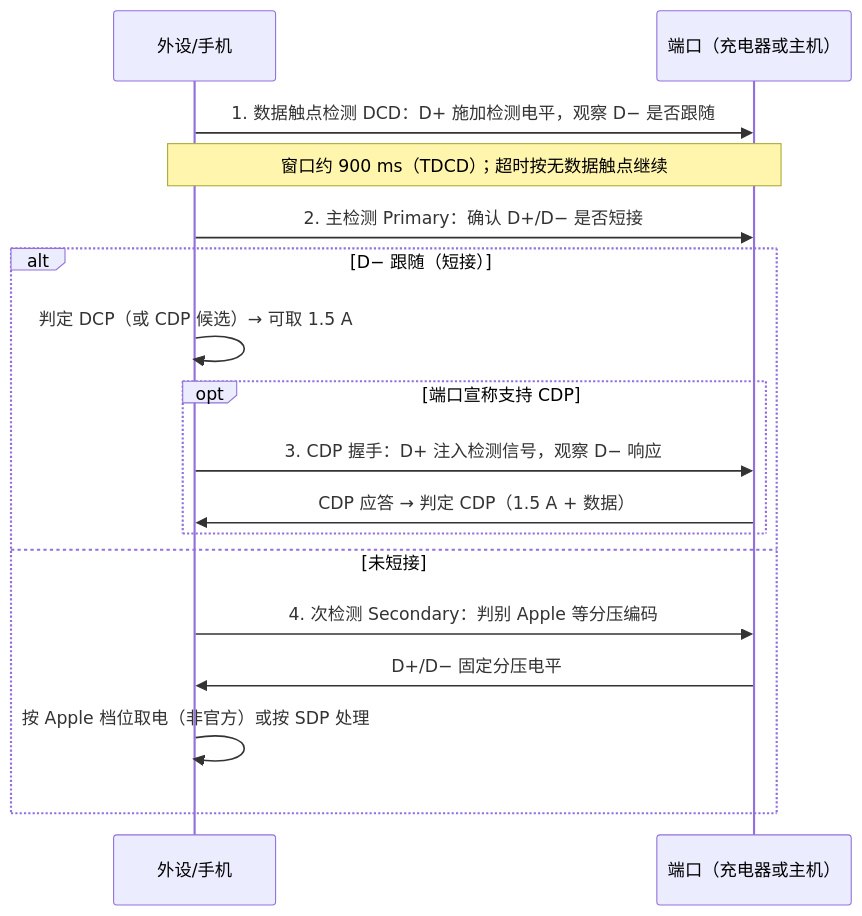
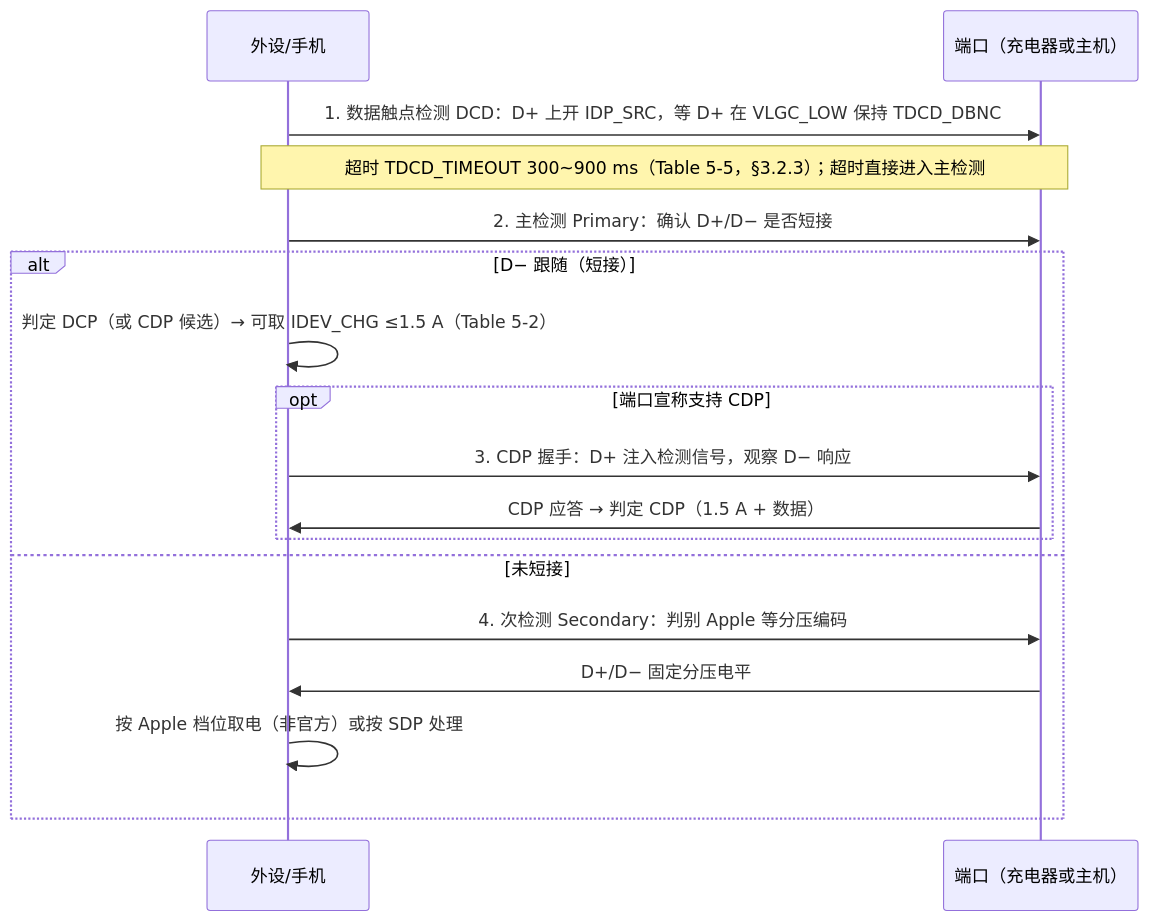
Before and after one commit to tangjianfang/USBTree: the first of 6 diagrams in ai-kb/21-charging-bc12-otg.md, drawn with Mermaid. The commit also changed other lines of this file and 55 other files, not shown here.

````diff
--- a/ai-kb/21-charging-bc12-otg.md
+++ b/ai-kb/21-charging-bc12-otg.md
@@ -54,19 +54,19 @@
 ```mermaid
 sequenceDiagram
     participant P as 外设/手机
     participant S as 端口（充电器或主机）
-    P->>S: 1. 数据触点检测 DCD：D+ 施加检测电平，观察 D− 是否跟随
-    Note over P,S: 窗口约 900 ms（TDCD）；超时按无数据触点继续
+    P->>S: 1. 数据触点检测 DCD：D+ 上开 IDP_SRC，等 D+ 在 VLGC_LOW 保持 TDCD_DBNC
+    Note over P,S: 超时 TDCD_TIMEOUT 300~900 ms（Table 5-5，§3.2.3）；超时直接进入主检测
     P->>S: 2. 主检测 Primary：确认 D+/D− 是否短接
     alt D− 跟随（短接）
-        P->>P: 判定 DCP（或 CDP 候选）→ 可取 1.5 A
+        P->>P: 判定 DCP（或 CDP 候选）→ 可取 IDEV_CHG ≤1.5 A（Table 5-2）
         opt 端口宣称支持 CDP
             P->>S: 3. CDP 握手：D+ 注入检测信号，观察 D− 响应
             S->>P: CDP 应答 → 判定 CDP（1.5 A + 数据）
         end
     else 未短接
         P->>S: 4. 次检测 Secondary：判别 Apple 等分压编码
         S->>P: D+/D− 固定分压电平
         P->>P: 按 Apple 档位取电（非官方）或按 SDP 处理
     end
 ```
````
